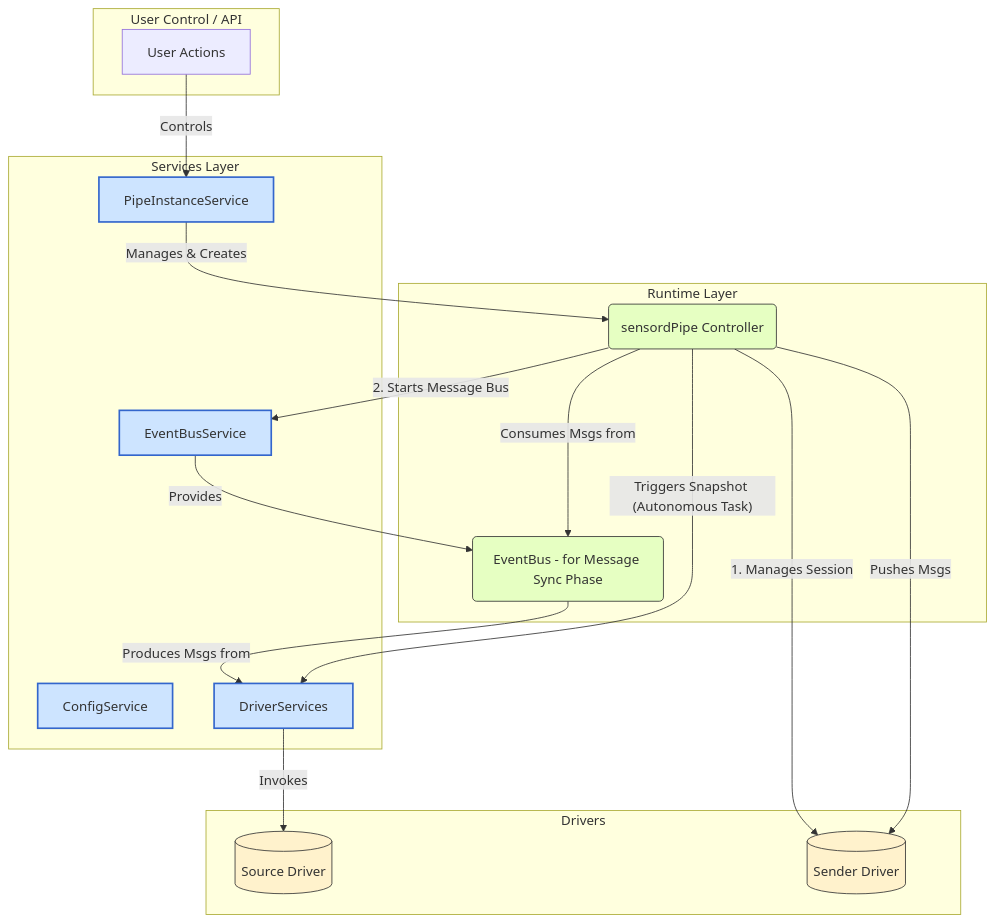
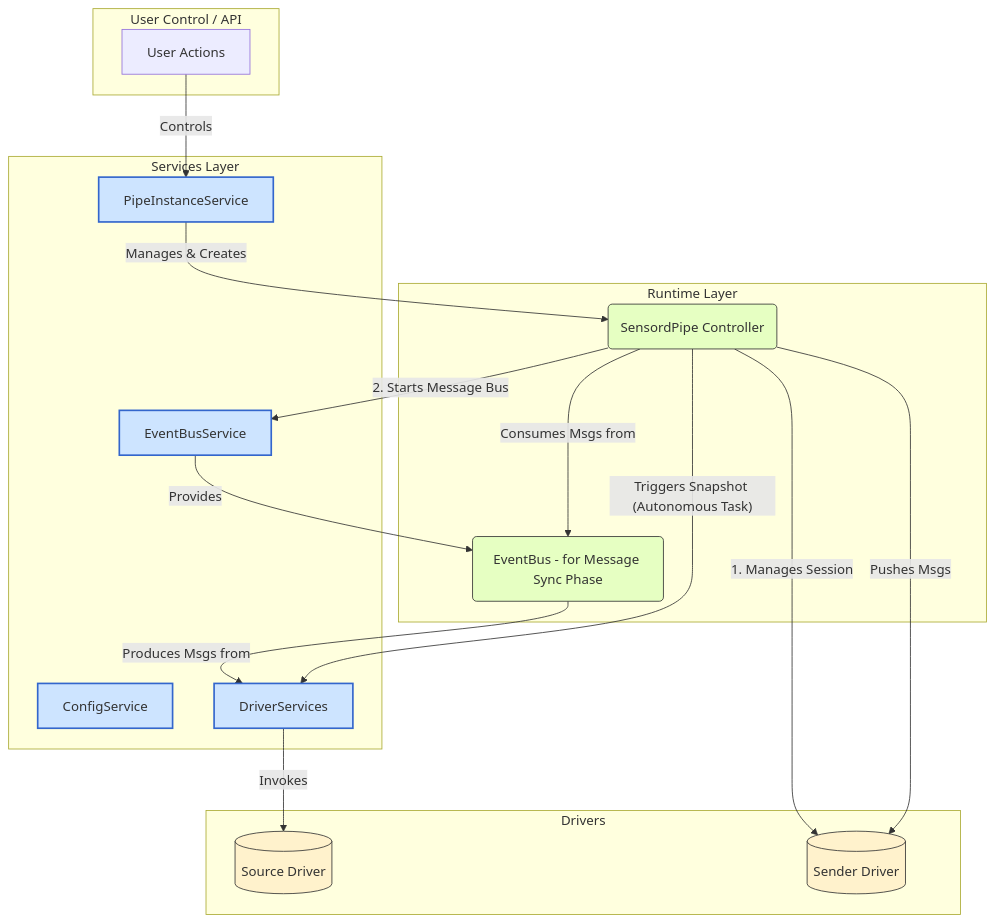
One commit to excelwang/fustor-data-platform changed the second of 2 diagrams in sensord/docs/architecture/core_arch.md. Above: the diagram before and after it, drawn with Mermaid. The commit also changed other lines of this file and 79 other files, not shown here.

Commit message:
refactor: Rename `sensordPipe` to `SensordPipe` and `fustordPipe` to `FustordPipe` across the codebase to align with Python class naming conventions.

````diff
--- a/sensord/docs/architecture/core_arch.md
+++ b/sensord/docs/architecture/core_arch.md
@@ -108,48 +108,48 @@
 ```mermaid
 graph TD
     subgraph User Control / API
         UC[User Actions]
     end
 
     subgraph Services Layer
         SIS[PipeInstanceService]
         EBS[EventBusService]
         CS[ConfigService]
         DS[DriverServices]
     end
 
     subgraph Runtime Layer
-        SI(sensordPipe Controller)
+        SI(SensordPipe Controller)
         EB(EventBus - for Message Sync Phase)
     end
 
     subgraph Drivers
         SourceDrv[(Source Driver)]
         SenderDrv[(Sender Driver)]
     end
 
     UC -->|Controls| SIS
     SIS -- Manages & Creates --> SI
 
     %% Session and Message Flow
     SI -- "1. Manages Session" --> SenderDrv
     SI -- "2. Starts Message Bus" --> EBS
     EBS -- Provides --> EB
     EB -- "Produces Msgs from" --> DS
     DS -- Invokes --> SourceDrv
     SI -- "Consumes Msgs from" --> EB
     
     %% Main Loop
     SI -- "Pushes Msgs" --> SenderDrv
 
     %% Concurrent Snapshot (if needed)
     SI -- "Triggers Snapshot (Autonomous Task)" --> DS
     
     classDef service fill:#cde4ff,stroke:#36c,stroke-width:2px;
     classDef runtime fill:#e6ffc2,stroke:#333;
     classDef driver fill:#fff2cc,stroke:#333;
 
     class SIS,EBS,CS,DS service
     class SI,EB runtime
     class SourceDrv,SenderDrv driver
 ```
````
